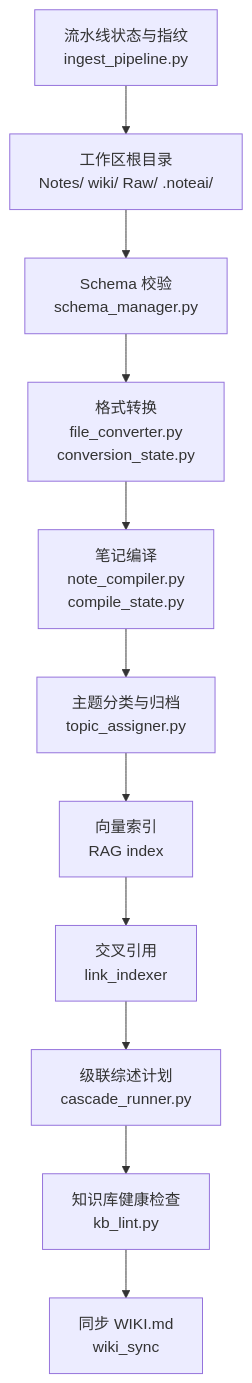
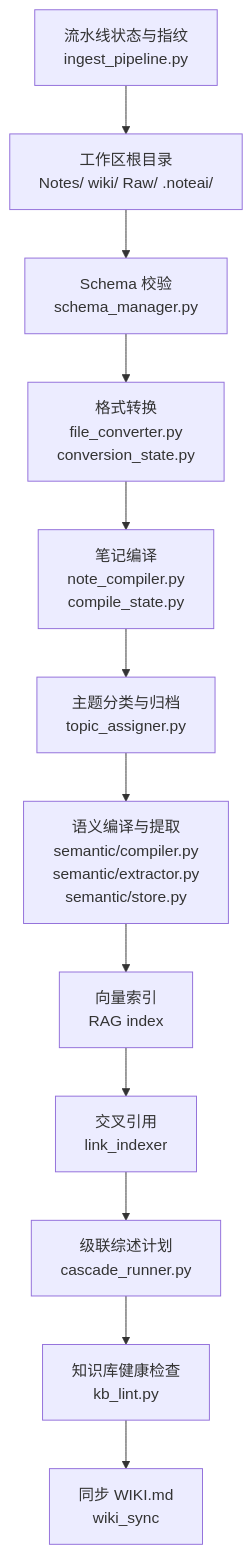
Before and after one commit to Miles128/NoteAI: the first of 5 diagrams in .qoder/repowiki/zh/content/入库流水线/入库流水线.md, drawn with Mermaid. The commit also changed other lines of this file and 169 other files, not shown here.

````diff
--- a/.qoder/repowiki/zh/content/入库流水线/入库流水线.md
+++ b/.qoder/repowiki/zh/content/入库流水线/入库流水线.md
@@ -44,13 +60,14 @@
 ```mermaid
 graph TB
 A["工作区根目录<br/>Notes/ wiki/ Raw/ .noteai/"] --> B["Schema 校验<br/>schema_manager.py"]
 B --> C["格式转换<br/>file_converter.py<br/>conversion_state.py"]
 C --> D["笔记编译<br/>note_compiler.py<br/>compile_state.py"]
 D --> E["主题分类与归档<br/>topic_assigner.py"]
-E --> F["向量索引<br/>RAG index"]
-F --> G["交叉引用<br/>link_indexer"]
-G --> H["级联综述计划<br/>cascade_runner.py"]
-H --> I["知识库健康检查<br/>kb_lint.py"]
-I --> J["同步 WIKI.md<br/>wiki_sync"]
-K["流水线状态与指纹<br/>ingest_pipeline.py"] --> A
+E --> F["语义编译与提取<br/>semantic/compiler.py<br/>semantic/extractor.py<br/>semantic/store.py"]
+F --> G["向量索引<br/>RAG index"]
+G --> H["交叉引用<br/>link_indexer"]
+H --> I["级联综述计划<br/>cascade_runner.py"]
+I --> J["知识库健康检查<br/>kb_lint.py"]
+J --> K["同步 WIKI.md<br/>wiki_sync"]
+L["流水线状态与指纹<br/>ingest_pipeline.py"] --> A
 ```
````
